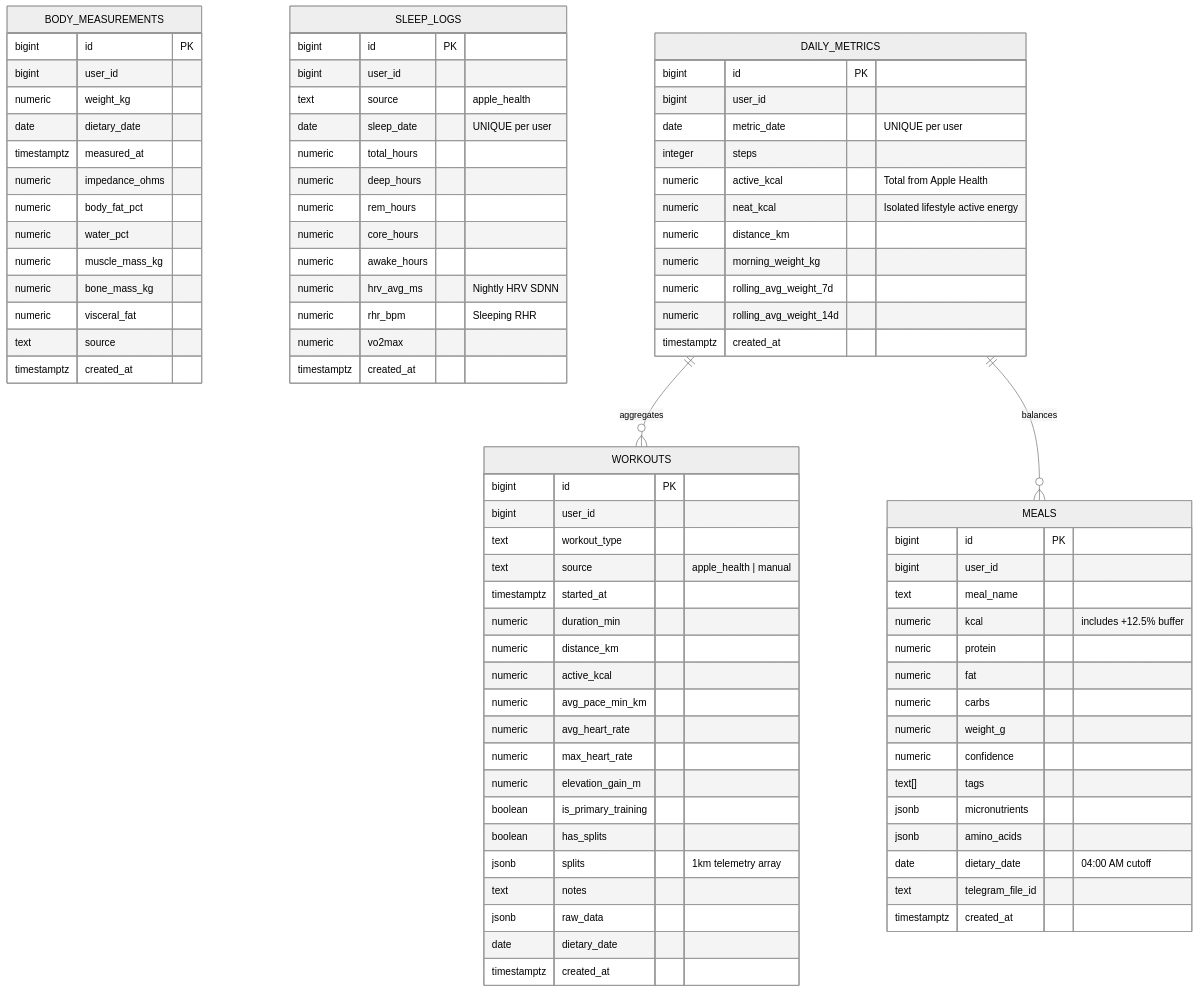
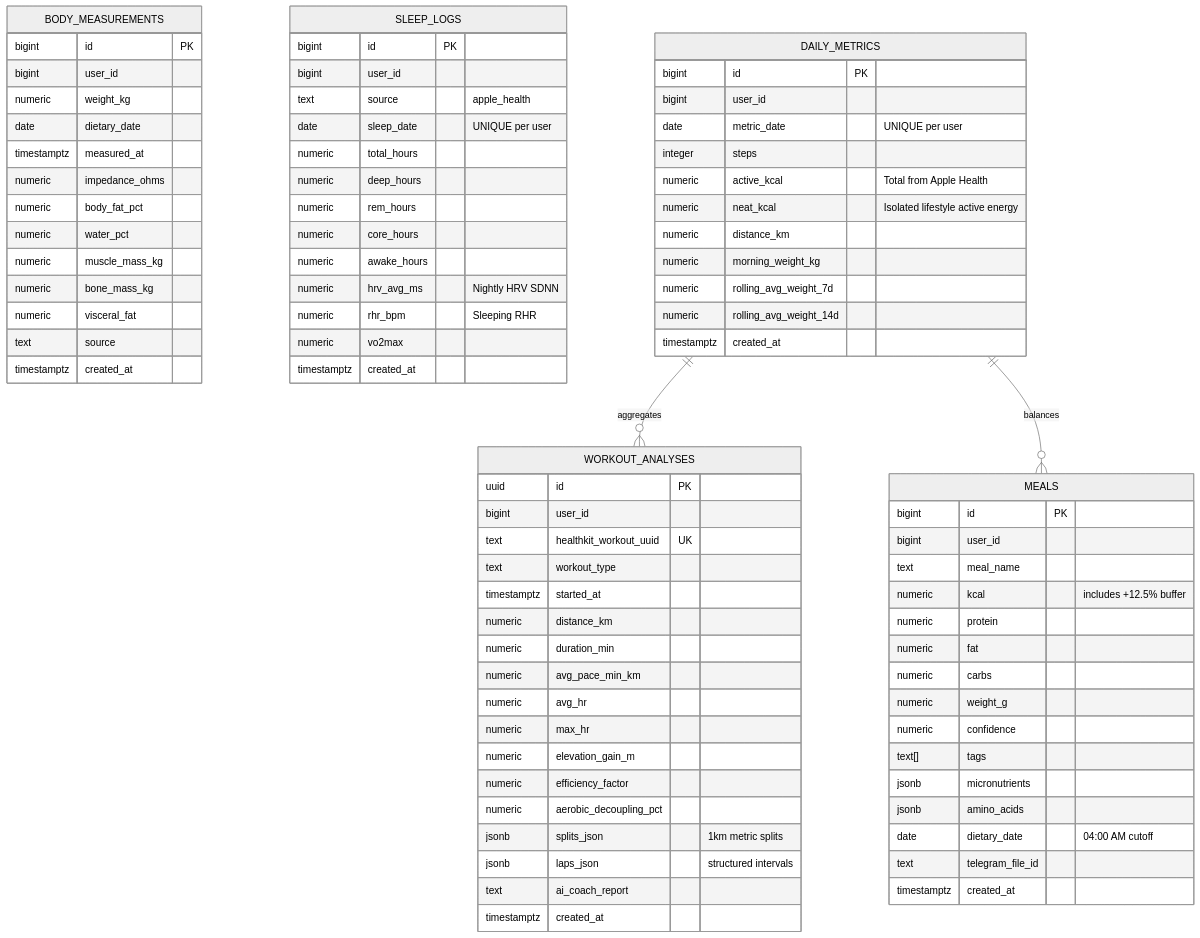
The diagram in docs/DATABASE.md (skycherepanya/calories-bot-mvp), drawn with Mermaid (neutral theme) before and after one commit. The commit also changed other lines of this file and 18 other files, not shown here.

Commit message:
feat(ios): implement Phase 2.1 HealthKit telemetry extraction and Swift math engine

````diff
--- a/docs/DATABASE.md
+++ b/docs/DATABASE.md
@@ -58,25 +63,23 @@
         timestamptz created_at
     }
 
-    WORKOUTS {
-        bigint id PK
+    WORKOUT_ANALYSES {
+        uuid id PK
         bigint user_id
+        text healthkit_workout_uuid UK
         text workout_type
-        text source "apple_health | manual"
         timestamptz started_at
+        numeric distance_km
         numeric duration_min
-        numeric distance_km
-        numeric active_kcal
         numeric avg_pace_min_km
-        numeric avg_heart_rate
-        numeric max_heart_rate
+        numeric avg_hr
+        numeric max_hr
         numeric elevation_gain_m
-        boolean is_primary_training
-        boolean has_splits
-        jsonb splits "1km telemetry array"
-        text notes
-        jsonb raw_data
-        date dietary_date
+        numeric efficiency_factor
+        numeric aerobic_decoupling_pct
+        jsonb splits_json "1km metric splits"
+        jsonb laps_json "structured intervals"
+        text ai_coach_report
         timestamptz created_at
     }
 
@@ -110,6 +113,6 @@
         timestamptz created_at
     }
 
-    DAILY_METRICS ||--o{ WORKOUTS : "aggregates"
+    DAILY_METRICS ||--o{ WORKOUT_ANALYSES : "aggregates"
     DAILY_METRICS ||--o{ MEALS : "balances"
 ```
````
